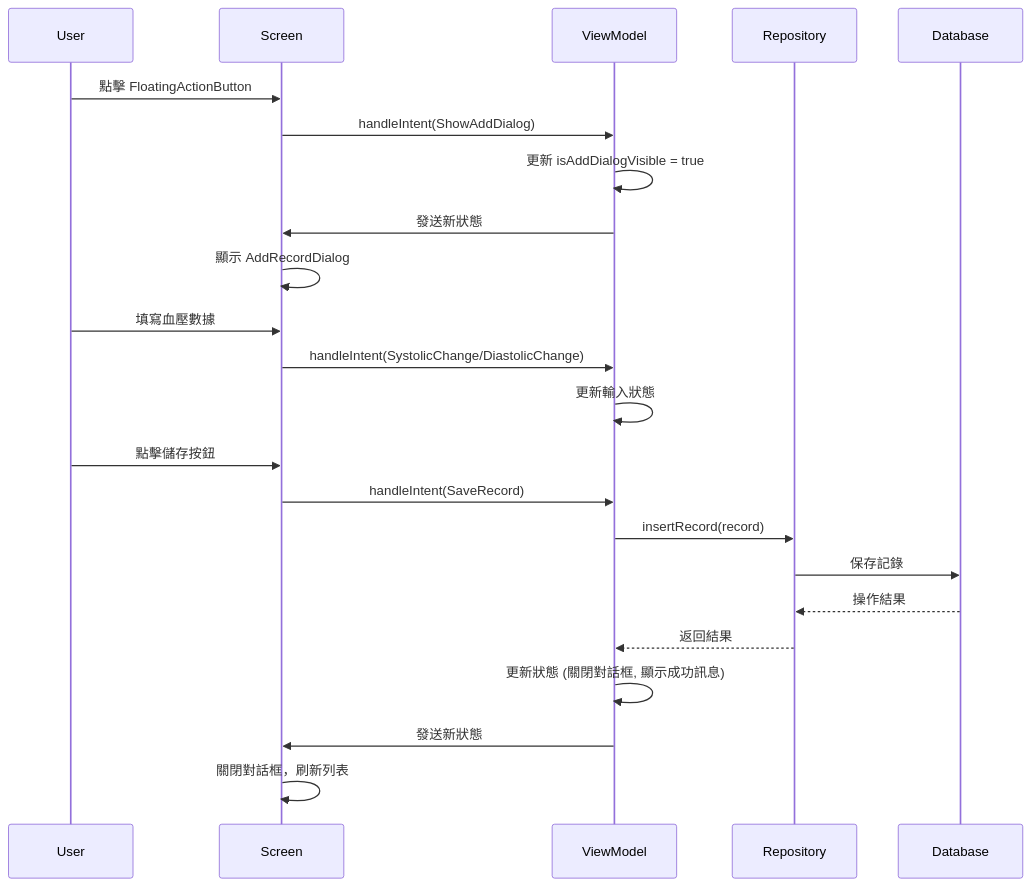
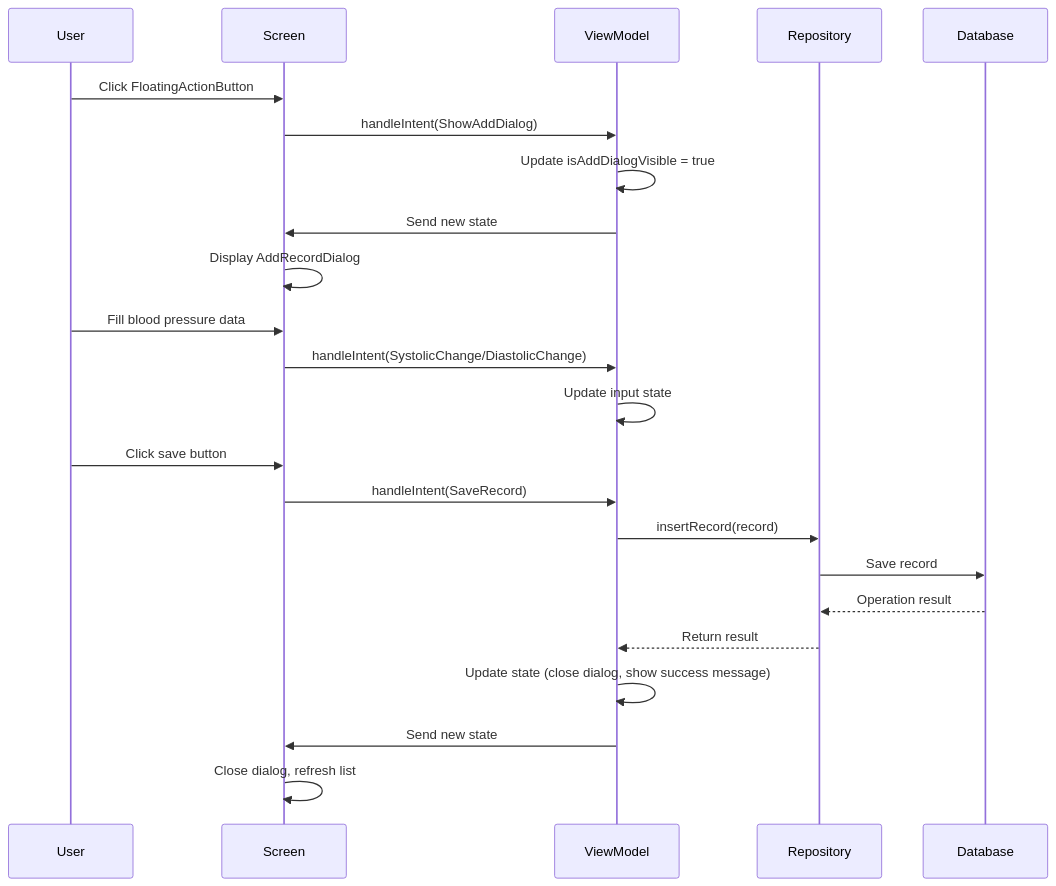
Before and after one commit to binghuan/BPTrackForAndroid: the first of 3 diagrams in TUTORIAL.md, drawn with Mermaid. The commit also changed other lines of this file and 4 other files, not shown here.

````diff
--- a/TUTORIAL.md
+++ b/TUTORIAL.md
@@ -244,28 +244,28 @@
 ```mermaid
 sequenceDiagram
     participant User
     participant Screen
     participant ViewModel
     participant Repository
     participant Database
 
-    User->>Screen: 點擊 FloatingActionButton
+    User->>Screen: Click FloatingActionButton
     Screen->>ViewModel: handleIntent(ShowAddDialog)
-    ViewModel->>ViewModel: 更新 isAddDialogVisible = true
-    ViewModel->>Screen: 發送新狀態
-    Screen->>Screen: 顯示 AddRecordDialog
+    ViewModel->>ViewModel: Update isAddDialogVisible = true
+    ViewModel->>Screen: Send new state
+    Screen->>Screen: Display AddRecordDialog
 
-    User->>Screen: 填寫血壓數據
+    User->>Screen: Fill blood pressure data
     Screen->>ViewModel: handleIntent(SystolicChange/DiastolicChange)
-    ViewModel->>ViewModel: 更新輸入狀態
+    ViewModel->>ViewModel: Update input state
 
-    User->>Screen: 點擊儲存按鈕
+    User->>Screen: Click save button
     Screen->>ViewModel: handleIntent(SaveRecord)
     ViewModel->>Repository: insertRecord(record)
-    Repository->>Database: 保存記錄
-    Database-->>Repository: 操作結果
-    Repository-->>ViewModel: 返回結果
-    ViewModel->>ViewModel: 更新狀態 (關閉對話框, 顯示成功訊息)
-    ViewModel->>Screen: 發送新狀態
-    Screen->>Screen: 關閉對話框，刷新列表
+    Repository->>Database: Save record
+    Database-->>Repository: Operation result
+    Repository-->>ViewModel: Return result
+    ViewModel->>ViewModel: Update state (close dialog, show success message)
+    ViewModel->>Screen: Send new state
+    Screen->>Screen: Close dialog, refresh list
 ```
````
